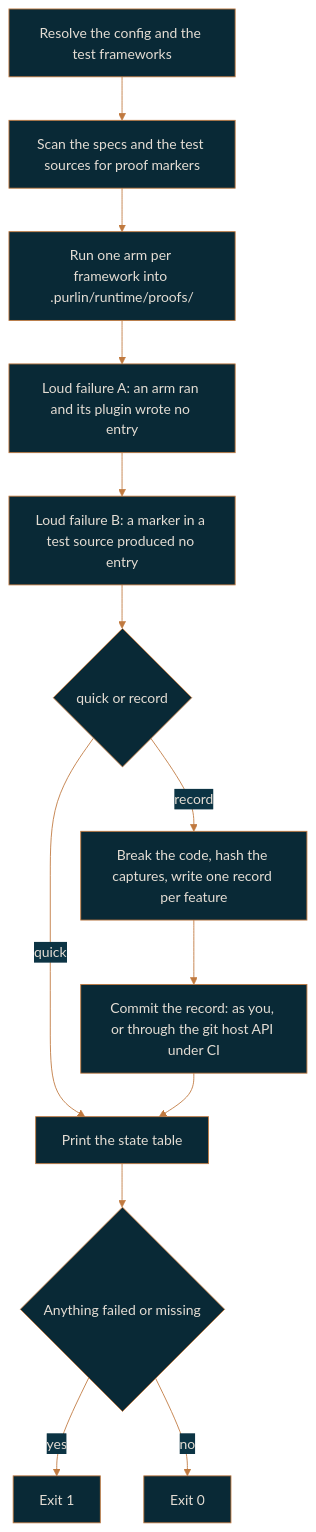
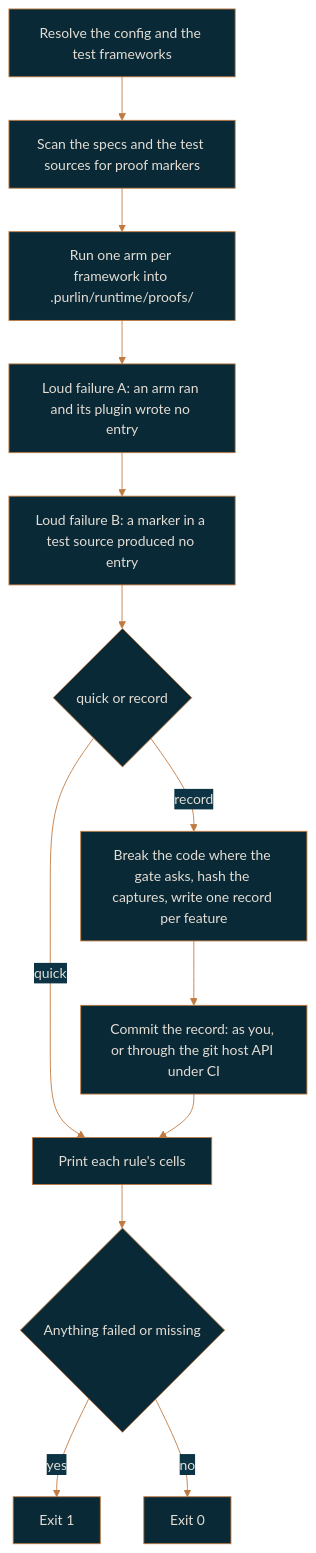
One commit to rlabarca/purlin changed the diagram in docs/running-and-records.md. Above: the diagram before and after it, drawn with Mermaid. The commit also changed other lines of this file and 5 other files, not shown here.

````diff
--- a/docs/running-and-records.md
+++ b/docs/running-and-records.md
@@ -49,16 +56,16 @@
 ```mermaid
 %%{init: {"theme": "base", "themeVariables": {"background": "#0C3444", "primaryColor": "#092936", "primaryTextColor": "#E4DDD4", "primaryBorderColor": "#C0793F", "lineColor": "#C0793F", "secondaryColor": "#0C3444", "tertiaryColor": "#092936", "fontFamily": "Arial", "textColor": "#E4DDD4"}}}%%
 flowchart TD
   A[Resolve the config and the test frameworks] --> B[Scan the specs and the test sources for proof markers]
   B --> C[Run one arm per framework into .purlin/runtime/proofs/]
   C --> D[Loud failure A: an arm ran and its plugin wrote no entry]
   D --> E[Loud failure B: a marker in a test source produced no entry]
   E --> F{quick or record}
-  F -- quick --> G[Print the state table]
-  F -- record --> H[Break the code, hash the captures, write one record per feature]
+  F -- quick --> G[Print each rule's cells]
+  F -- record --> H[Break the code where the gate asks, hash the captures, write one record per feature]
   H --> I[Commit the record: as you, or through the git host API under CI]
   I --> G
   G --> J{Anything failed or missing}
   J -- yes --> K[Exit 1]
   J -- no --> L[Exit 0]
 ```
````
